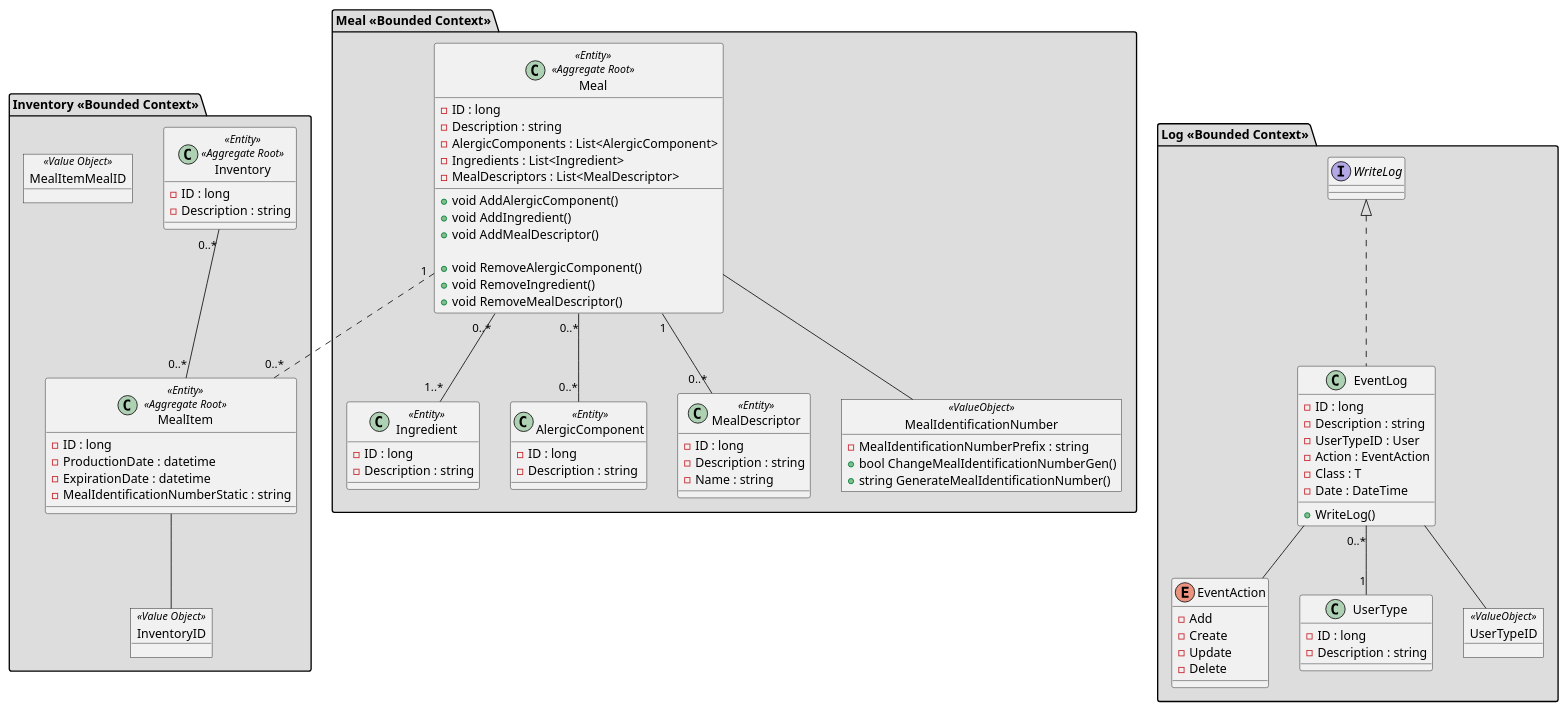
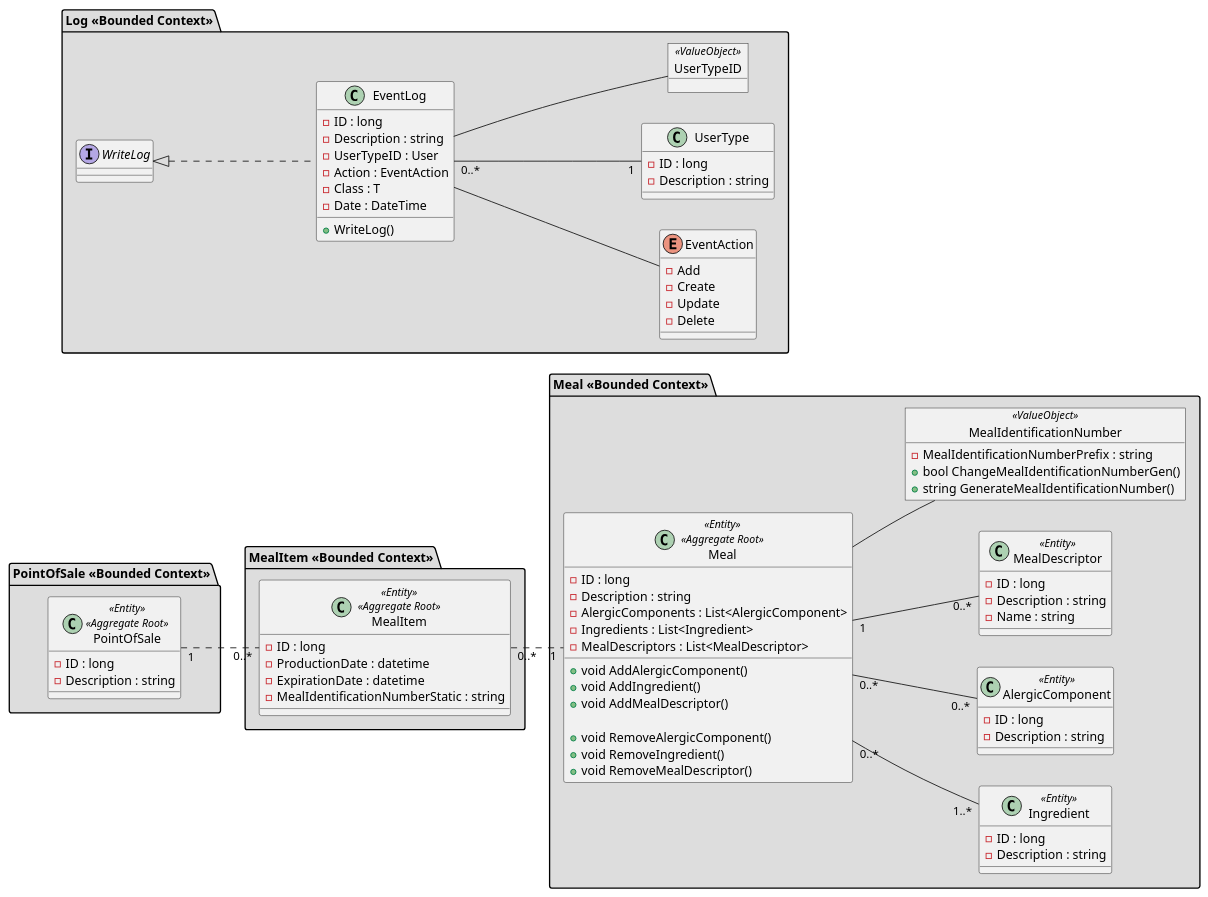
Before and after one commit to PeFerreira98/ARQSOFT_2019: the diagram in P2/ADD/views/DomainModelDiagram.puml, drawn with PlantUML. The commit also changed 6 other files, not shown here.

Commit message:
add images and thinking flow

```diff
--- a/P2/ADD/views/DomainModelDiagram.puml
+++ b/P2/ADD/views/DomainModelDiagram.puml
@@ -1,116 +1,125 @@
 @startuml DomainModelDiagram
+left to right direction
 
-package "Inventory <<Bounded Context>>" #DDDDDD {
+package "PointOfSale <<Bounded Context>>" #DDDDDD {
 
-    class Inventory <<Entity>> <<Aggregate Root>> {
+    class PointOfSale <<Entity>> <<Aggregate Root>> {
         -ID : long
         -Description : string
     }
+
+    object PointOfSale.PointOfSaleID <<Value Object>>
+
+    PointOfSale -- PointOfSale.PointOfSaleID
+}
+
+package "MealItem <<Bounded Context>>" #DDDDDD {
 
     class MealItem <<Entity>> <<Aggregate Root>> {
         -ID : long
         -ProductionDate : datetime
         -ExpirationDate : datetime
         -MealIdentificationNumberStatic : string
     }
 
-    object InventoryID <<Value Object>>
+    object MealItem.PointOfSaleID <<Value Object>>
 
-    object MealItemMealID <<Value Object>>
+    object MealItem.MealID <<Value Object>>
 
-    MealItem -- InventoryID
+    MealItem -- MealItem.PointOfSaleID
     MealItem -- MealItem.MealID
-    Inventory "0..*" -- "0..*" MealItem
 }
 
 package "Meal <<Bounded Context>>" #DDDDDD {
 
     class Meal <<Entity>> <<Aggregate Root>> {
         -ID : long
         -Description : string
         -AlergicComponents : List<AlergicComponent>
         -Ingredients : List<Ingredient>
         -MealDescriptors : List<MealDescriptor>
 
         +void AddAlergicComponent()
         +void AddIngredient()
         +void AddMealDescriptor()
 
         +void RemoveAlergicComponent()
         +void RemoveIngredient()
         +void RemoveMealDescriptor()
     }
 
     class Ingredient <<Entity>> {
         -ID : long
         -Description : string
     }
 
     class AlergicComponent <<Entity>> {
         -ID : long
         -Description : string
     }
 
     class MealDescriptor <<Entity>> {
         -ID : long
         -Description : string
         -Name : string
     }
 
     object MealIdentificationNumber <<ValueObject>> {
         -MealIdentificationNumberPrefix : string
 
         +bool ChangeMealIdentificationNumberGen()
         +string GenerateMealIdentificationNumber()
     }
 
     object Meal.MealID <<Value Object>>
 
     Meal "0..*" -- "0..*" AlergicComponent
     Meal "1" -- "0..*" MealDescriptor
     Meal "0..*" -- "1..*" Ingredient
     Meal -- MealIdentificationNumber
     Meal -- Meal.MealID
 }
 
-Meal "1" .. "0..*" MealItem
+PointOfSale "1" .. "0..*" MealItem
+
+MealItem "0..*" .. "1" Meal
 
 
 
 package "Log <<Bounded Context>>" #DDDDDD {
 
     interface WriteLog
 
     class EventLog  {
         -ID : long
         -Description : string
         -UserTypeID : User
         -Action : EventAction
         -Class : T
         -Date : DateTime
 
         +WriteLog()
     }
 
     enum EventAction {
         - Add
         - Create
         - Update
         - Delete
     }
 
     class UserType {
         -ID : long
         -Description : string
     }
 
     object UserTypeID <<ValueObject>>
 
     WriteLog <|.. EventLog
     EventLog -- UserTypeID
     EventLog -- EventAction
     EventLog "0..*" -- "1" UserType
 }
 
 
 @enduml
```
